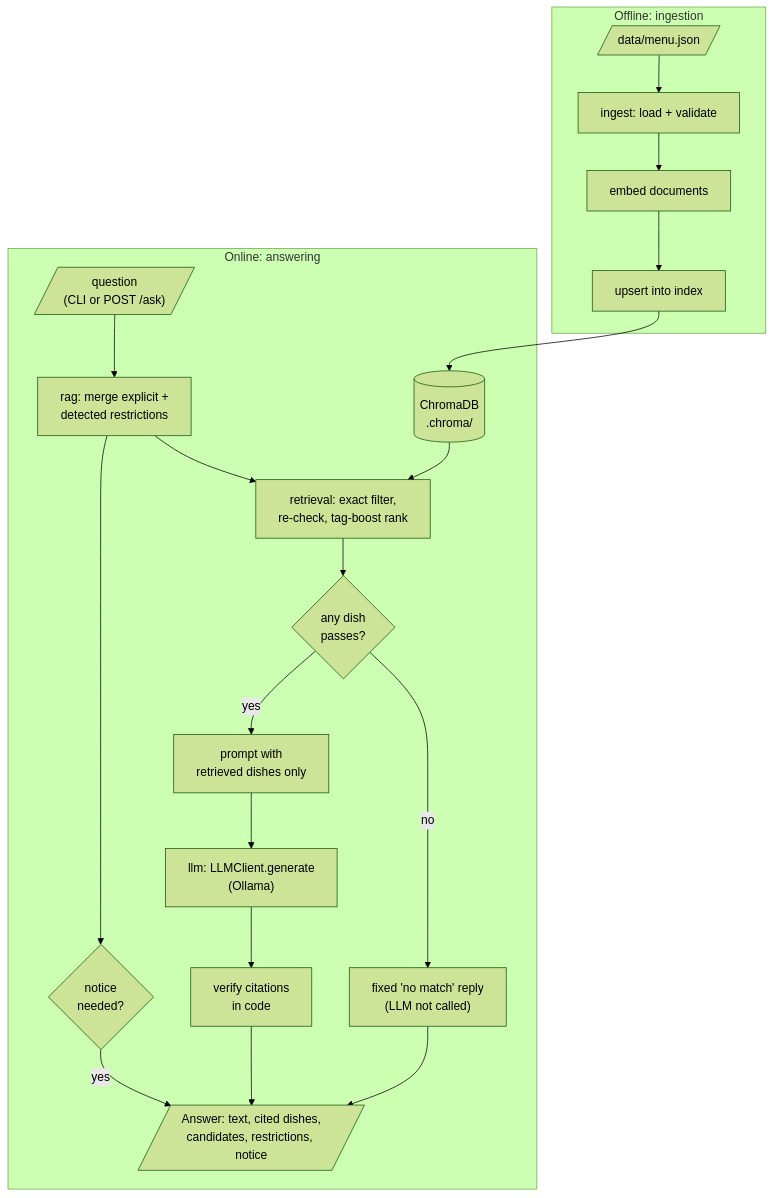
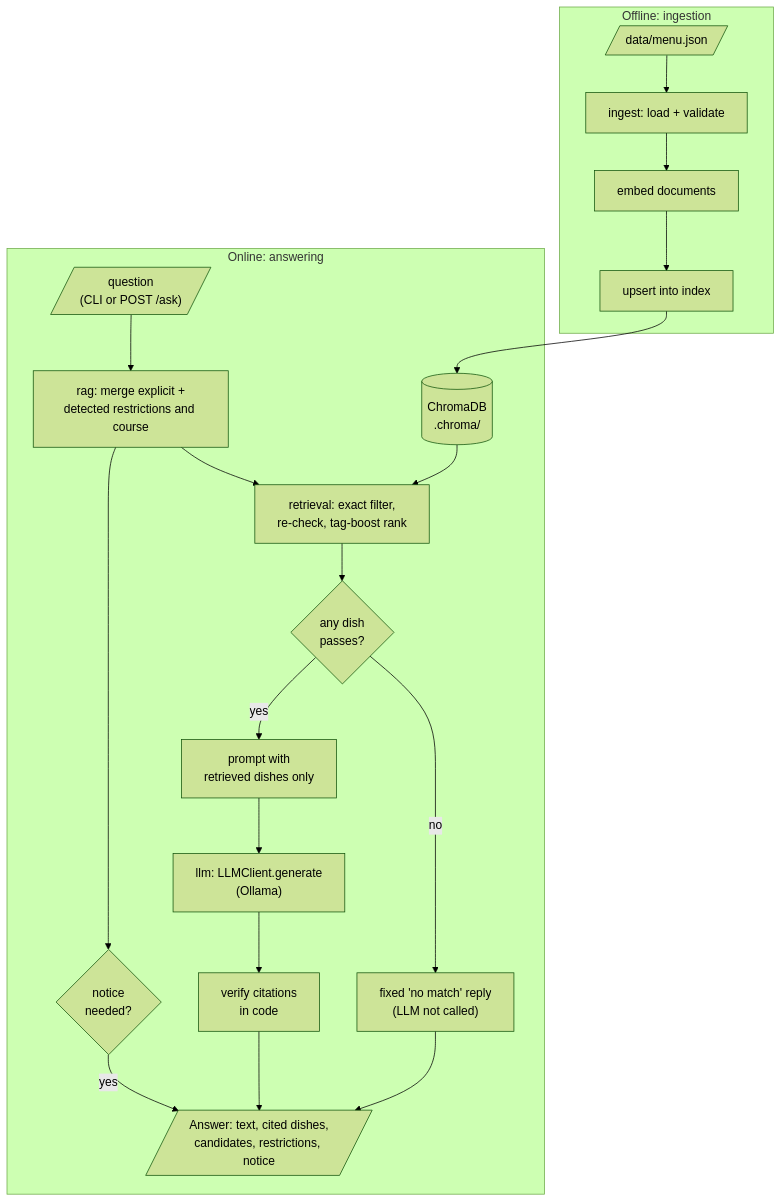
The diagram in docs/architecture.md (gabrielvscodigos/menu-assistant), drawn with Mermaid (forest theme) before and after one commit. The commit also changed other lines of this file and 12 other files, not shown here.

Commit message:
feat(rag): detect requested course and filter retrieval by it

````diff
--- a/docs/architecture.md
+++ b/docs/architecture.md
@@ -8,25 +8,25 @@
 ```mermaid
 flowchart TD
     subgraph offline["Offline: ingestion"]
         menu[/"data/menu.json"/] --> validate["ingest: load + validate"]
         validate --> embedDocs["embed documents"]
         embedDocs --> index["upsert into index"]
     end
 
     index --> chroma[("ChromaDB<br/>.chroma/")]
 
     subgraph online["Online: answering"]
-        question[/"question<br/>(CLI or POST /ask)"/] --> detect["rag: merge explicit +<br/>detected restrictions"]
+        question[/"question<br/>(CLI or POST /ask)"/] --> detect["rag: merge explicit +<br/>detected restrictions and course"]
         detect --> retrieve["retrieval: exact filter,<br/>re-check, tag-boost rank"]
         chroma --> retrieve
         retrieve --> anyMatch{"any dish<br/>passes?"}
         anyMatch -- no --> noMatch["fixed 'no match' reply<br/>(LLM not called)"]
         anyMatch -- yes --> prompt["prompt with<br/>retrieved dishes only"]
         prompt --> llm["llm: LLMClient.generate<br/>(Ollama)"]
         llm --> verify["verify citations<br/>in code"]
         detect --> notice{"notice<br/>needed?"}
         verify --> answer[/"Answer: text, cited dishes,<br/>candidates, restrictions, notice"/]
         noMatch --> answer
         notice -- yes --> answer
     end
 ```
````
